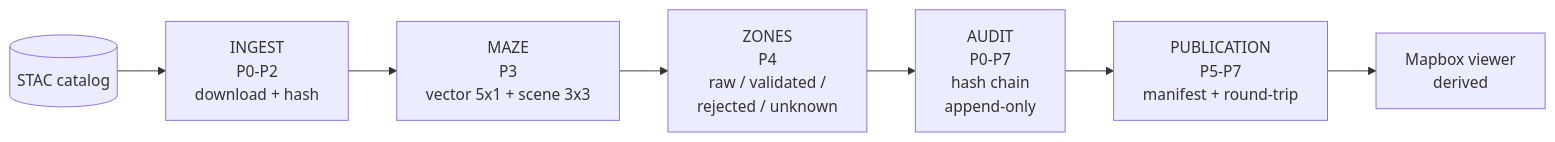
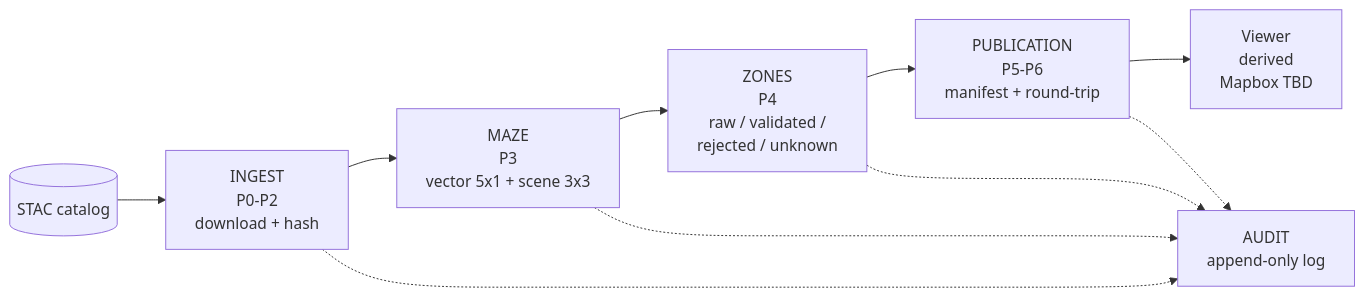
Before and after one commit to racosta-data/lots-twin: the first of 8 diagrams in docs/maze-flow.md, drawn with Mermaid. The commit also changed other lines of this file, not shown here.

Commit message:
docs: align diagrams with approved decisions, add pending D1 D2 D6 (#2)

````diff
--- a/docs/maze-flow.md
+++ b/docs/maze-flow.md
@@ -30,9 +30,12 @@
 ```mermaid
 flowchart LR
   STAC[(STAC catalog)] --> ING[INGEST<br/>P0-P2<br/>download + hash]
   ING --> MAZE[MAZE<br/>P3<br/>vector 5x1 + scene 3x3]
   MAZE --> ZONES[ZONES<br/>P4<br/>raw / validated /<br/>rejected / unknown]
-  ZONES --> AUDIT[AUDIT<br/>P0-P7<br/>hash chain<br/>append-only]
-  AUDIT --> PUB[PUBLICATION<br/>P5-P7<br/>manifest + round-trip]
-  PUB --> VIEW[Mapbox viewer<br/>derived]
+  ZONES --> PUB[PUBLICATION<br/>P5-P6<br/>manifest + round-trip]
+  PUB --> VIEW[Viewer<br/>derived<br/>Mapbox TBD]
+  ING -.-> AUDIT[AUDIT<br/>append-only log]
+  MAZE -.-> AUDIT
+  ZONES -.-> AUDIT
+  PUB -.-> AUDIT
 ```
````
